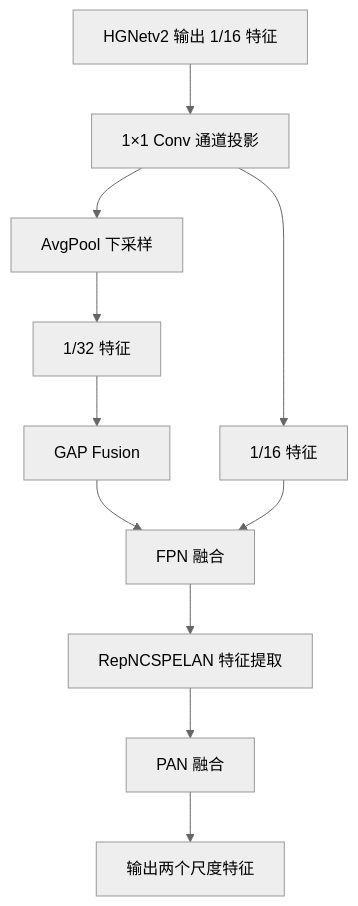
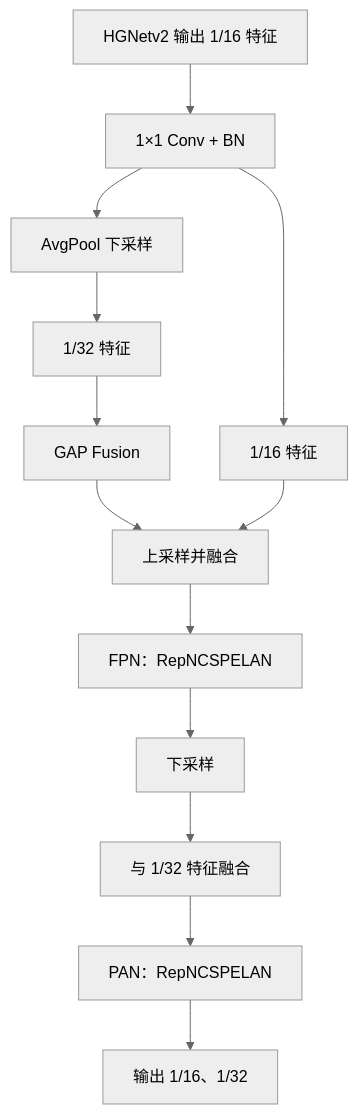
One commit to zhanghuiwan/knowledge-base changed the fourth of 7 diagrams in website/articles/deimv2/index.md. Above: the diagram before and after it, drawn with Mermaid (neutral theme). The commit also changed other lines of this file, not shown here.

```diff
--- a/website/articles/deimv2/index.md
+++ b/website/articles/deimv2/index.md
@@ -371,13 +443,15 @@
 ~~~mermaid
 flowchart TD
-    A["HGNetv2 输出 1/16 特征"] --> B["1×1 Conv 通道投影"]
+    A["HGNetv2 输出 1/16 特征"] --> B["1×1 Conv + BN"]
     B --> C["AvgPool 下采样"]
     C --> D["1/32 特征"]
     D --> E["GAP Fusion"]
     B --> F["1/16 特征"]
-    E --> G["FPN 融合"]
+    E --> G["上采样并融合"]
     F --> G
-    G --> H["RepNCSPELAN 特征提取"]
-    H --> I["PAN 融合"]
-    I --> J["输出两个尺度特征"]
+    G --> H["FPN：RepNCSPELAN"]
+    H --> I["下采样"]
+    I --> J["与 1/32 特征融合"]
+    J --> K["PAN：RepNCSPELAN"]
+    K --> L["输出 1/16、1/32"]
 ~~~
```
